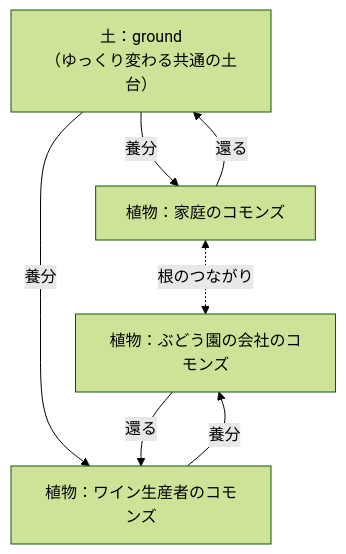
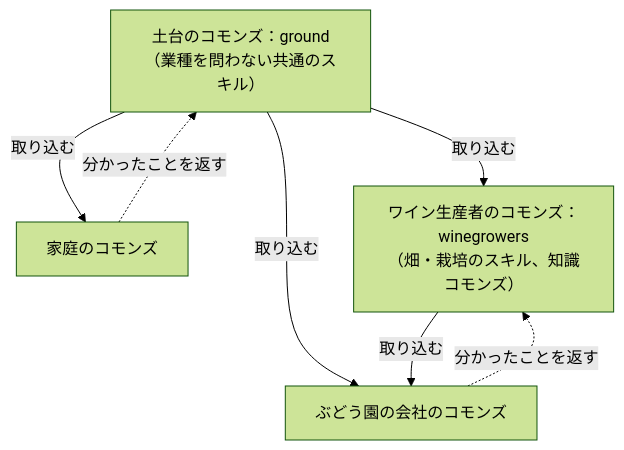
One commit to commons-ground/ground changed the first of 3 diagrams in docs/how-commons-work.md. Above: the diagram before and after it, drawn with Mermaid (forest theme). The commit also changed other lines of this file and 13 other files, not shown here.

````diff
--- a/docs/how-commons-work.md
+++ b/docs/how-commons-work.md
@@ -29,13 +27,13 @@
 ```mermaid
 flowchart TB
-  S["土：ground<br>（ゆっくり変わる共通の土台）"]
-  A["植物：家庭のコモンズ"]
-  B["植物：ワイン生産者のコモンズ"]
-  C["植物：ぶどう園の会社のコモンズ"]
-  S -- "養分" --> A
-  S -- "養分" --> B
-  B -- "養分" --> C
-  A -- "還る" --> S
-  C -- "還る" --> B
-  A <-. "根のつながり" .-> C
+  G["土台のコモンズ：ground<br>（業種を問わない共通のスキル）"]
+  H["家庭のコモンズ"]
+  W["ワイン生産者のコモンズ：winegrowers<br>（畑・栽培のスキル、知識コモンズ）"]
+  V["ぶどう園の会社のコモンズ"]
+  G -- "取り込む" --> H
+  G -- "取り込む" --> W
+  G -- "取り込む" --> V
+  W -- "取り込む" --> V
+  H -. "分かったことを返す" .-> G
+  V -. "分かったことを返す" .-> W
 ```
````
